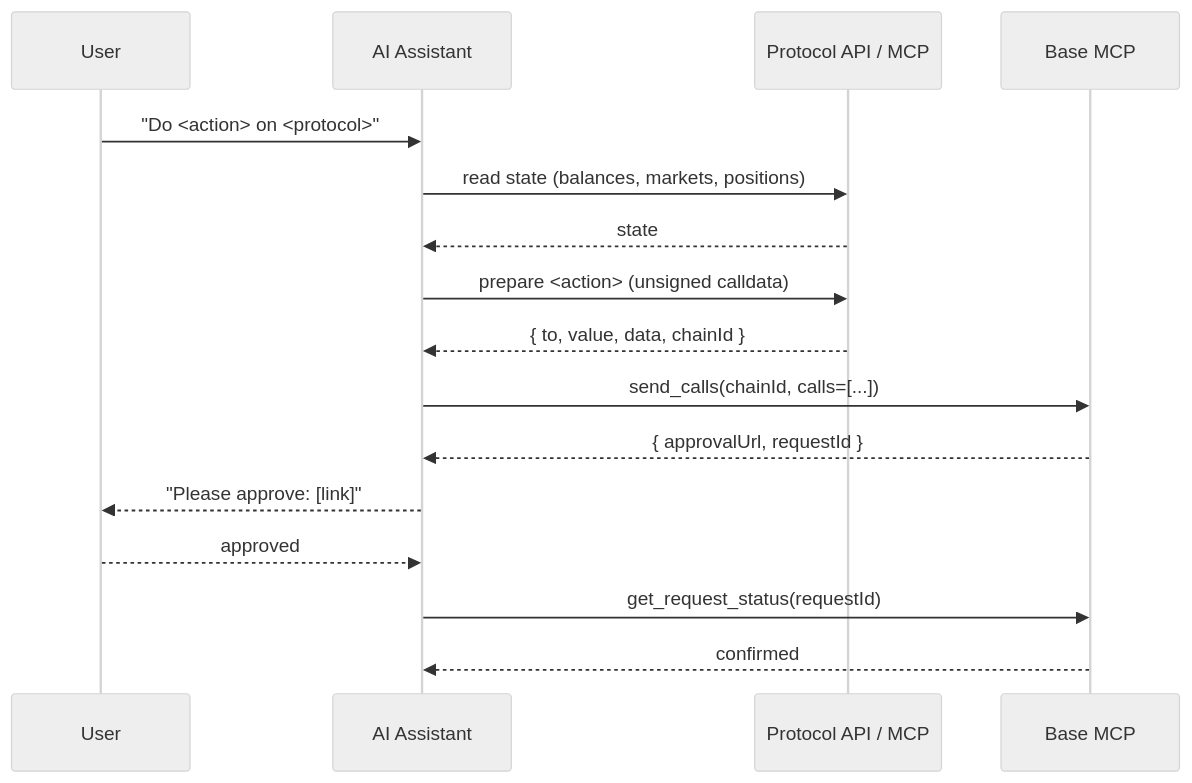
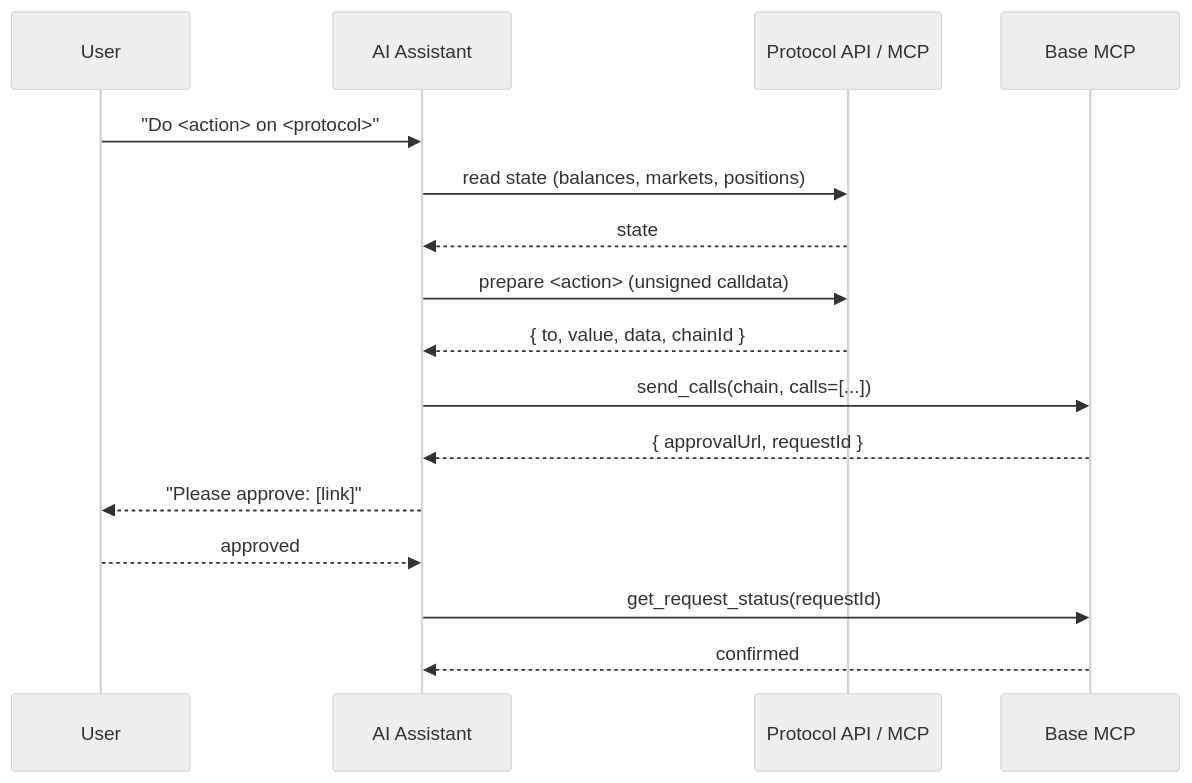
The diagram in docs/ai-agents/plugins/index.mdx (base/docs), drawn with Mermaid (neutral theme) before and after one commit. The commit also changed other lines of this file and 44 other files, not shown here.

````diff
--- a/docs/ai-agents/plugins/index.mdx
+++ b/docs/ai-agents/plugins/index.mdx
@@ -53,19 +58,19 @@
 ```mermaid
 sequenceDiagram
     participant User
     participant AI as AI Assistant
     participant Protocol as Protocol API / MCP
     participant BA as Base MCP
 
     User->>AI: "Do <action> on <protocol>"
     AI->>Protocol: read state (balances, markets, positions)
     Protocol-->>AI: state
     AI->>Protocol: prepare <action> (unsigned calldata)
     Protocol-->>AI: { to, value, data, chainId }
-    AI->>BA: send_calls(chainId, calls=[...])
+    AI->>BA: send_calls(chain, calls=[...])
     BA-->>AI: { approvalUrl, requestId }
     AI-->>User: "Please approve: [link]"
     User-->>AI: approved
     AI->>BA: get_request_status(requestId)
     BA-->>AI: confirmed
 ```
````
